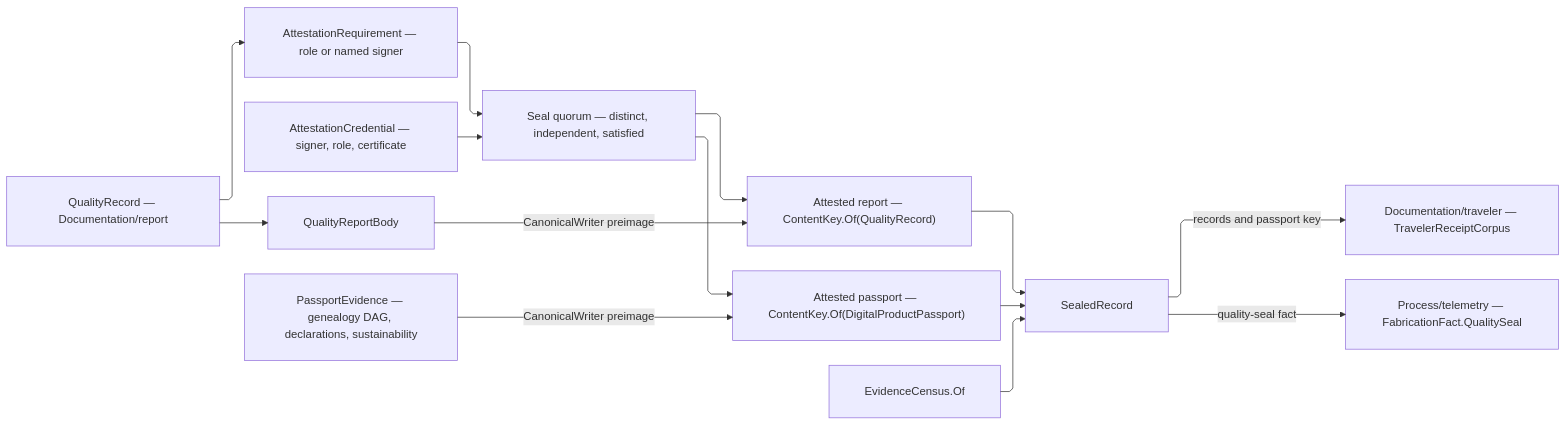
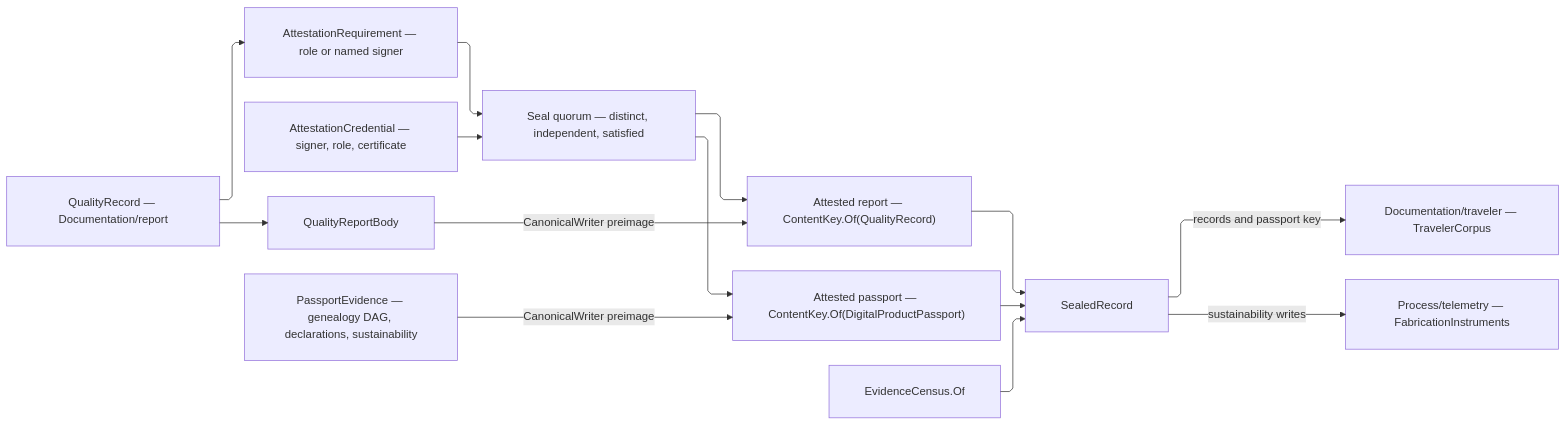
One commit to bsamiee/Rasm changed the diagram in libs/dotnet/Rasm.Fabrication/.planning/Documentation/passport.md. Above: the diagram before and after it, drawn with Mermaid. The commit also changed other lines of this file and 1417 other files, not shown here.

````diff
--- a/libs/dotnet/Rasm.Fabrication/.planning/Documentation/passport.md
+++ b/libs/dotnet/Rasm.Fabrication/.planning/Documentation/passport.md
@@ -453,25 +472,25 @@
 ```mermaid
 ---
 config:
   layout: elk
   flowchart:
     curve: linear
     padding: 25
 ---
 flowchart LR
     accTitle: Quality seal and product passport
     accDescr: Admitted quality records publish attestation demands, a credential quorum proves them, the report body and the optional passport evidence each key and sign over a canonical binary preimage, and the sealed release carries both artifacts beside the folded census.
     Records["QualityRecord — Documentation/report"] --> Demands["AttestationRequirement — role or named signer"]
     Signers["AttestationCredential — signer, role, certificate"] --> Quorum["Seal quorum — distinct, independent, satisfied"]
     Demands --> Quorum
     Records --> Body["QualityReportBody"]
     Body -->|"CanonicalWriter preimage"| Report["Attested report — ContentKey.Of(QualityRecord)"]
     Passport["PassportEvidence — genealogy DAG, declarations, sustainability"] -->|"CanonicalWriter preimage"| Artifact["Attested passport — ContentKey.Of(DigitalProductPassport)"]
     Quorum --> Report
     Quorum --> Artifact
     Report --> Sealed["SealedRecord"]
     Artifact --> Sealed
     Census["EvidenceCensus.Of"] --> Sealed
-    Sealed -->|"records and passport key"| Traveler["Documentation/traveler — TravelerReceiptCorpus"]
-    Sealed -->|"quality-seal fact"| Telemetry["Process/telemetry — FabricationFact.QualitySeal"]
+    Sealed -->|"records and passport key"| Traveler["Documentation/traveler — TravelerCorpus"]
+    Sealed -->|"sustainability writes"| Telemetry["Process/telemetry — FabricationInstruments"]
 ```
````
